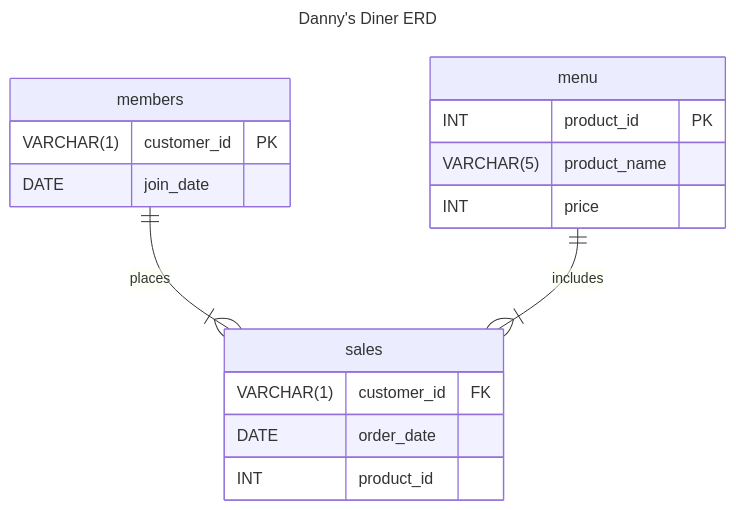
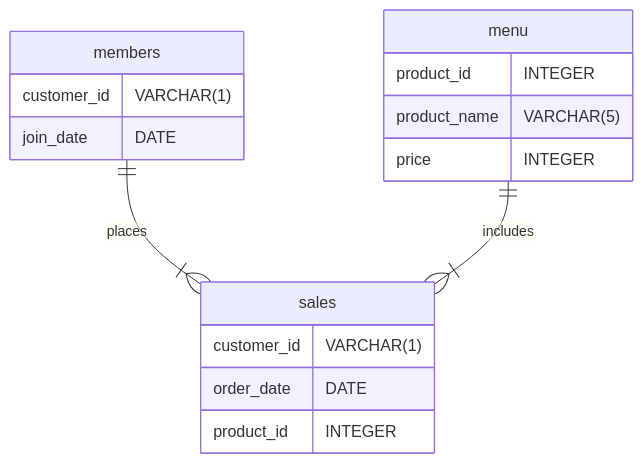
Before and after one commit to thanakorntha/sql-challenge: the diagram in case-study-answers/case-1-danny-diner/README.md, drawn with Mermaid. The commit also changed other lines of this file and 2 other files, not shown here.

Commit message:
Add complete answers for case study 1 - Diner's Diner

````diff
--- a/case-study-answers/case-1-danny-diner/README.md
+++ b/case-study-answers/case-1-danny-diner/README.md
@@ -33,23 +69,20 @@
 ```mermaid
----
-title: Danny's Diner ERD
----
 erDiagram
-    members ||--|{ sales : places
-    menu    ||--|{ sales : includes
+members ||--|{ sales : places
+menu||--|{ sales : includes
 
 	menu {
-		INT product_id PK
-		VARCHAR(5) product_name
-		INT price
+		product_id INTEGER
+		product_name VARCHAR(5)
+		price INTEGER
 	}
 	members {
-		VARCHAR(1) customer_id PK
-		DATE join_date
+		customer_id VARCHAR(1)
+		join_date DATE
 	}
 	sales {
-		VARCHAR(1) customer_id FK
-		DATE order_date
-		INT product_id
+		customer_id VARCHAR(1)
+		order_date DATE
+		product_id INTEGER
 	}
 ```
````
